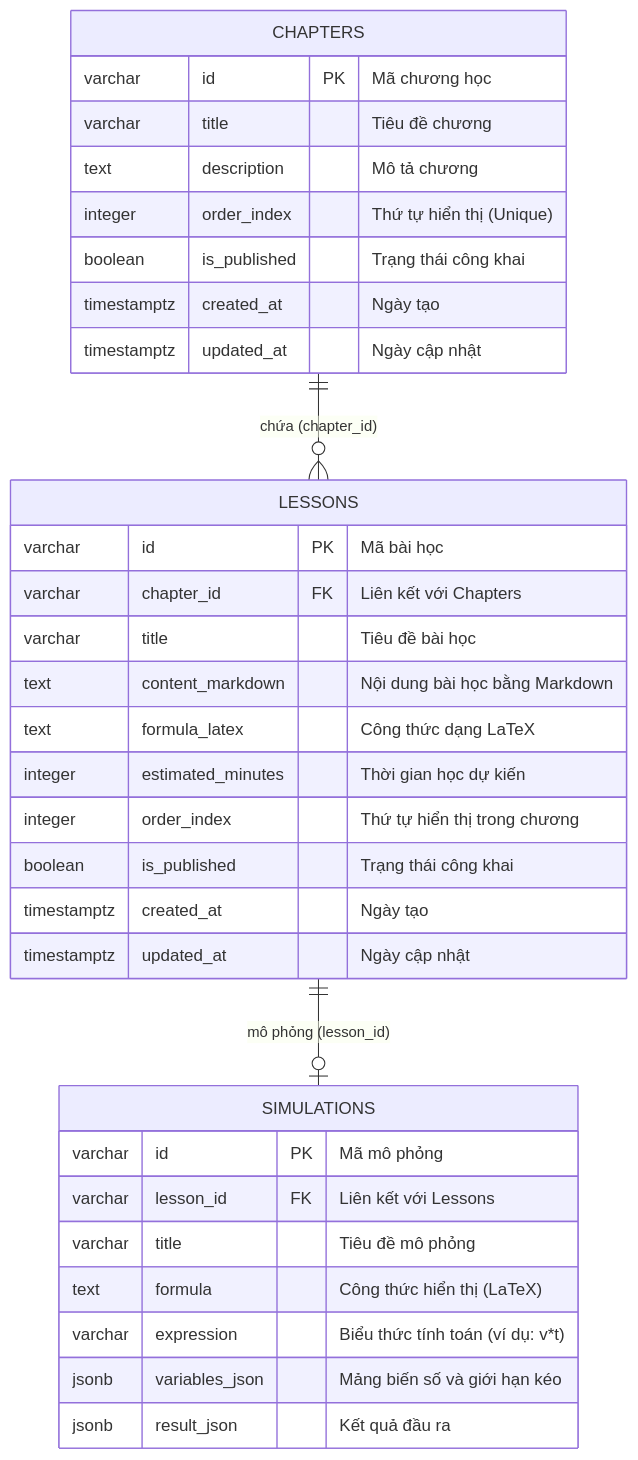
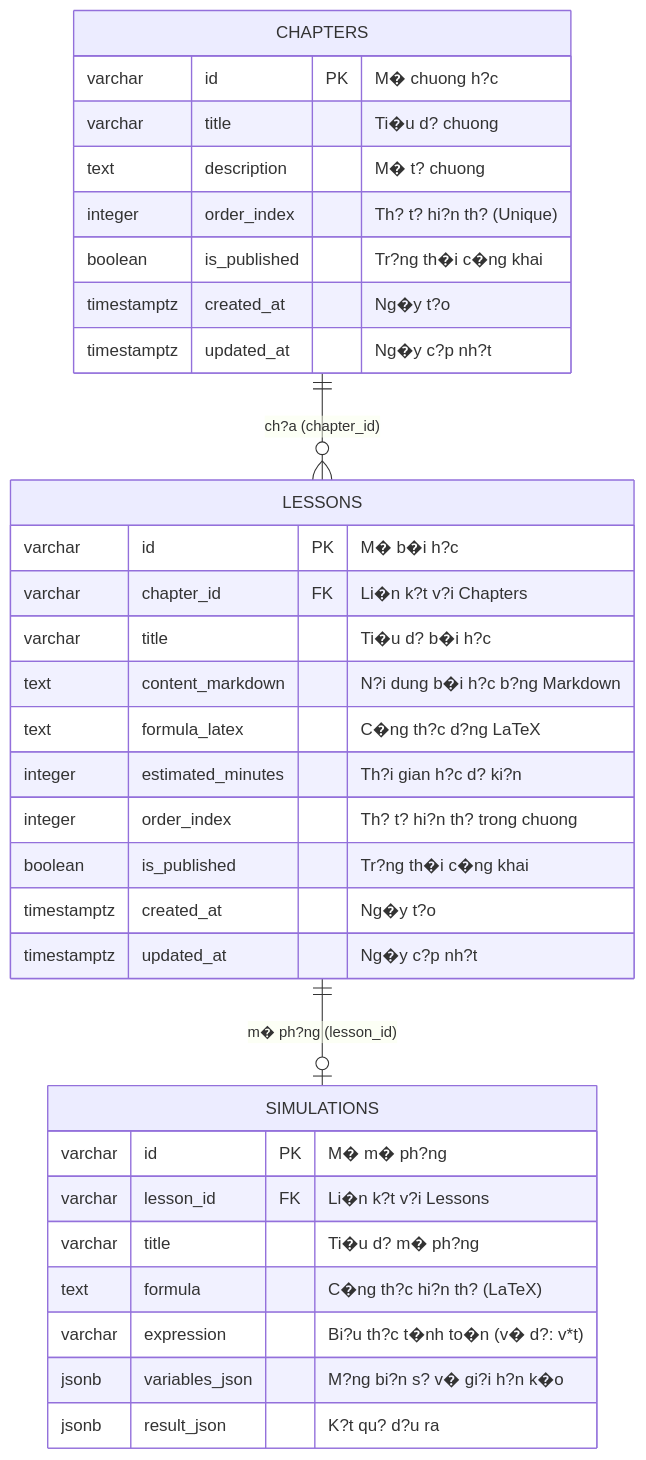
The diagram in docs/TV2_DELIVERABLES.md (nguyenhuy238/X-Physics), drawn with Mermaid before and after one commit. The commit also changed other lines of this file and 37 other files, not shown here.

````diff
--- a/docs/TV2_DELIVERABLES.md
+++ b/docs/TV2_DELIVERABLES.md
@@ -11,38 +11,38 @@
 ```mermaid
 erDiagram
     CHAPTERS {
-        varchar id PK "Mã chương học"
-        varchar title "Tiêu đề chương"
-        text description "Mô tả chương"
-        integer order_index "Thứ tự hiển thị (Unique)"
-        boolean is_published "Trạng thái công khai"
-        timestamptz created_at "Ngày tạo"
-        timestamptz updated_at "Ngày cập nhật"
+        varchar id PK "M� chuong h?c"
+        varchar title "Ti�u d? chuong"
+        text description "M� t? chuong"
+        integer order_index "Th? t? hi?n th? (Unique)"
+        boolean is_published "Tr?ng th�i c�ng khai"
+        timestamptz created_at "Ng�y t?o"
+        timestamptz updated_at "Ng�y c?p nh?t"
     }
 
     LESSONS {
-        varchar id PK "Mã bài học"
-        varchar chapter_id FK "Liên kết với Chapters"
-        varchar title "Tiêu đề bài học"
-        text content_markdown "Nội dung bài học bằng Markdown"
-        text formula_latex "Công thức dạng LaTeX"
-        integer estimated_minutes "Thời gian học dự kiến"
-        integer order_index "Thứ tự hiển thị trong chương"
-        boolean is_published "Trạng thái công khai"
-        timestamptz created_at "Ngày tạo"
-        timestamptz updated_at "Ngày cập nhật"
+        varchar id PK "M� b�i h?c"
+        varchar chapter_id FK "Li�n k?t v?i Chapters"
+        varchar title "Ti�u d? b�i h?c"
+        text content_markdown "N?i dung b�i h?c b?ng Markdown"
+        text formula_latex "C�ng th?c d?ng LaTeX"
+        integer estimated_minutes "Th?i gian h?c d? ki?n"
+        integer order_index "Th? t? hi?n th? trong chuong"
+        boolean is_published "Tr?ng th�i c�ng khai"
+        timestamptz created_at "Ng�y t?o"
+        timestamptz updated_at "Ng�y c?p nh?t"
     }
 
     SIMULATIONS {
-        varchar id PK "Mã mô phỏng"
-        varchar lesson_id FK "Liên kết với Lessons"
-        varchar title "Tiêu đề mô phỏng"
-        text formula "Công thức hiển thị (LaTeX)"
-        varchar expression "Biểu thức tính toán (ví dụ: v*t)"
-        jsonb variables_json "Mảng biến số và giới hạn kéo"
-        jsonb result_json "Kết quả đầu ra"
+        varchar id PK "M� m� ph?ng"
+        varchar lesson_id FK "Li�n k?t v?i Lessons"
+        varchar title "Ti�u d? m� ph?ng"
+        text formula "C�ng th?c hi?n th? (LaTeX)"
+        varchar expression "Bi?u th?c t�nh to�n (v� d?: v*t)"
+        jsonb variables_json "M?ng bi?n s? v� gi?i h?n k�o"
+        jsonb result_json "K?t qu? d?u ra"
     }
 
-    CHAPTERS ||--o{ LESSONS : "chứa (chapter_id)"
-    LESSONS ||--o| SIMULATIONS : "mô phỏng (lesson_id)"
+    CHAPTERS ||--o{ LESSONS : "ch?a (chapter_id)"
+    LESSONS ||--o| SIMULATIONS : "m� ph?ng (lesson_id)"
 ```
````
